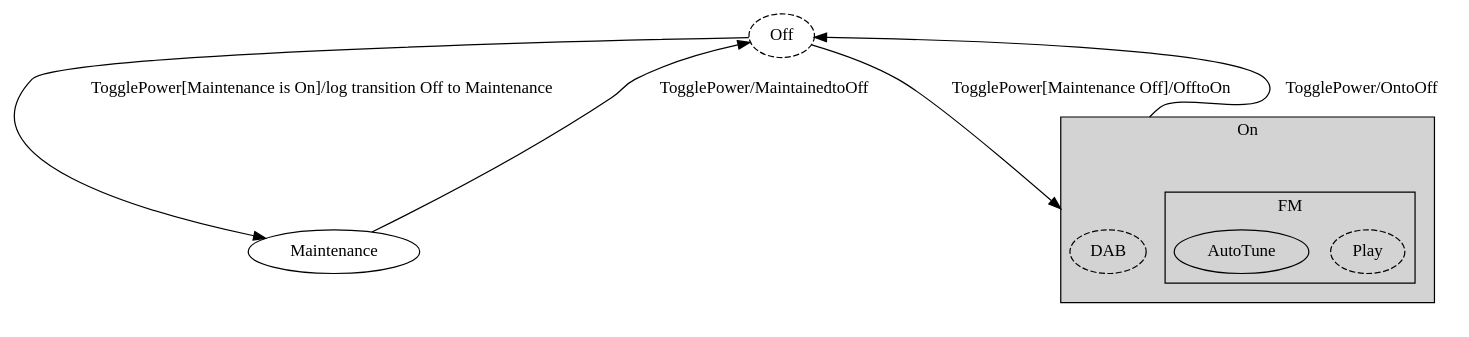
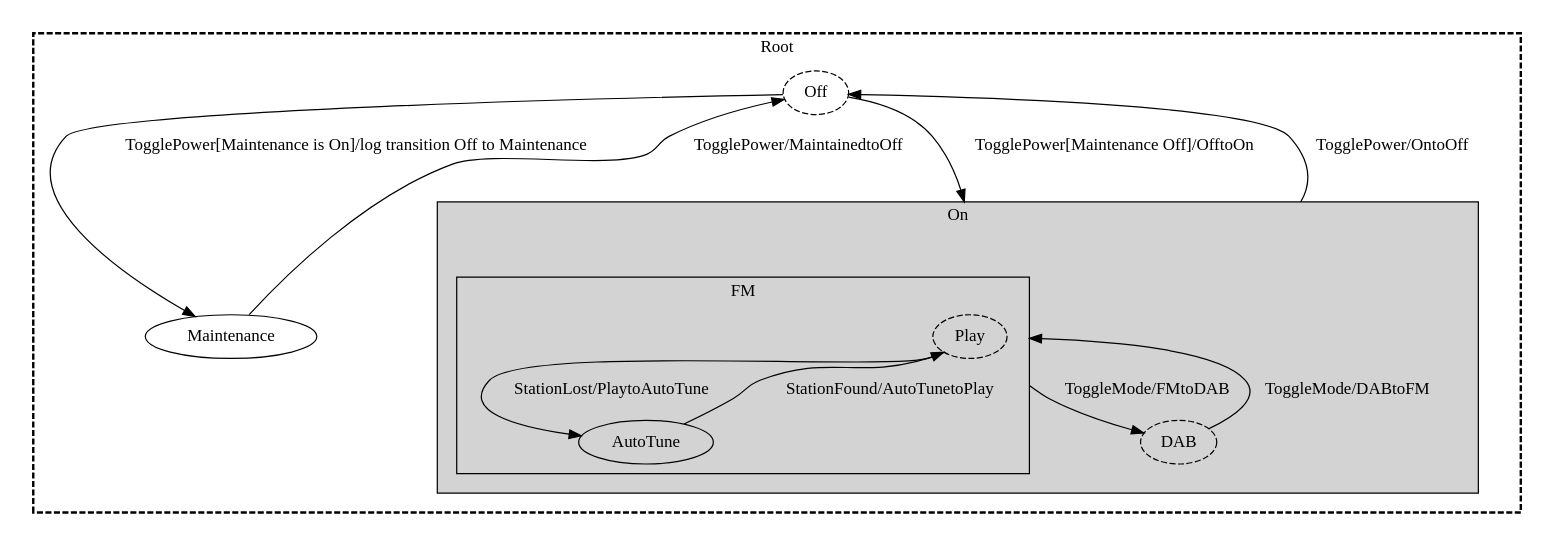
The diagram in net.tangly.fsm/src/site/pics/fsm-bbv.dot (tangly-team/tangly-os), drawn with Graphviz before and after one commit. The commit also changed 8 other files, not shown here.

```diff
--- a/net.tangly.fsm/src/site/pics/fsm-bbv.dot
+++ b/net.tangly.fsm/src/site/pics/fsm-bbv.dot
@@ -1,27 +1,69 @@
 digraph G {
   compound=true;
 
+  subgraph cluster1000 {
+    style=invis;
+    subgraph cluster0 {
+      style="visible, dashed, bold";
+      label = "Root"
+      Off [style="dashed"];
+      Maintenance [];
+      subgraph cluster1003 {
+        style=invis;
+        subgraph cluster3 {
+          style="visible, filled";
+          label = "On"
+          subgraph cluster1004 {
+            style=invis;
+            subgraph cluster4 {
+              style="visible, filled";
+              label = "FM"
+              Play [style="dashed, filled"];
+              AutoTune [];
+            }
+          }
+          DAB [style="dashed"];
+        }
+      }
+    }
+  }
   Off [style="dashed"];
   Maintenance [];
   subgraph cluster1003 {
     style=invis;
     subgraph cluster3 {
       style="visible, filled";
       label = "On"
       subgraph cluster1004 {
         style=invis;
         subgraph cluster4 {
           style="visible, filled";
           label = "FM"
           Play [style="dashed, filled"];
           AutoTune [];
         }
       }
       DAB [style="dashed"];
     }
   }
+  subgraph cluster1004 {
+    style=invis;
+    subgraph cluster4 {
+      style="visible, filled";
+      label = "FM"
+      Play [style="dashed, filled"];
+      AutoTune [];
+    }
+  }
+  DAB [style="dashed"];
+  Play [style="dashed, filled"];
+  AutoTune [];
   Off -> Maintenance [label="TogglePower[Maintenance is On]/log transition Off to Maintenance"];
-  Off -> DAB [lhead=cluster3, label="TogglePower[Maintenance Off]/OfftoOn"];
+  Off -> Play [lhead=cluster3, label="TogglePower[Maintenance Off]/OfftoOn"];
   Maintenance -> Off [label="TogglePower/MaintainedtoOff"];
-  DAB -> Off [ltail=cluster3, label="TogglePower/OntoOff"];
+  Play -> Off [ltail=cluster3, label="TogglePower/OntoOff"];
+  Play -> DAB [ltail=cluster4, label="ToggleMode/FMtoDAB"];
+  DAB -> Play [lhead=cluster4, label="ToggleMode/DABtoFM"];
+  Play -> AutoTune [label="StationLost/PlaytoAutoTune"];
+  AutoTune -> Play [label="StationFound/AutoTunetoPlay"];
 }
```
